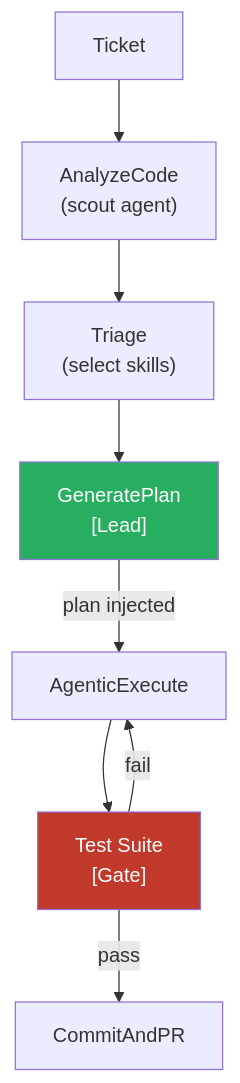
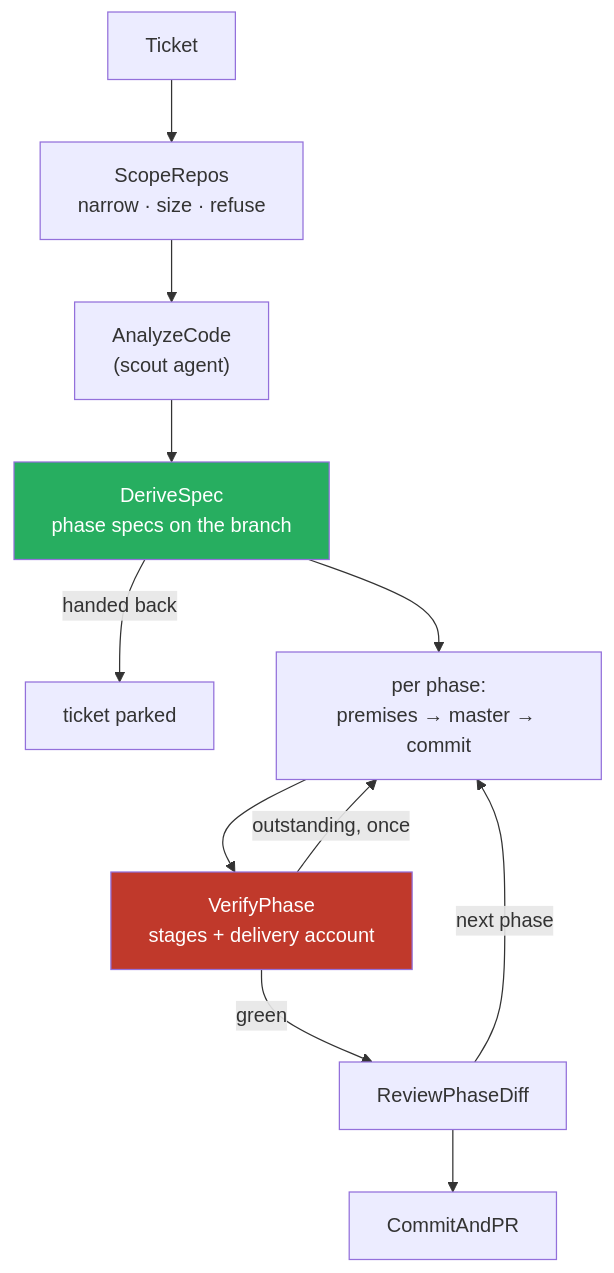
Before and after one commit to holgerleichsenring/agent-smith: the diagram in docs/reference/pipelines/fix-and-feature.md, drawn with Mermaid. The commit also changed other lines of this file and 85 other files, not shown here.

````diff
--- a/docs/reference/pipelines/fix-and-feature.md
+++ b/docs/reference/pipelines/fix-and-feature.md
@@ -30,13 +47,16 @@
 ```mermaid
 graph TD
-    Ticket --> Scout["AnalyzeCode<br/>(scout agent)"]
-    Scout --> Triage["Triage<br/>(select skills)"]
-    Triage --> Plan["GeneratePlan<br/>[Lead]"]
-    Plan -->|"plan injected"| Execute[AgenticExecute]
-    Execute --> Test["Test Suite<br/>[Gate]"]
-    Test -->|pass| PR[CommitAndPR]
-    Test -->|fail| Execute
+    Ticket --> Scope["ScopeRepos<br/>narrow · size · refuse"]
+    Scope --> Analyze["AnalyzeCode<br/>(scout agent)"]
+    Analyze --> Derive["DeriveSpec<br/>phase specs on the branch"]
+    Derive -->|handed back| Park[ticket parked]
+    Derive --> Phase["per phase:<br/>premises → master → commit"]
+    Phase --> Verify["VerifyPhase<br/>stages + delivery account"]
+    Verify -->|outstanding, once| Phase
+    Verify -->|green| Review[ReviewPhaseDiff]
+    Review -->|next phase| Phase
+    Review --> PR[CommitAndPR]
 
-    style Plan fill:#27ae60,color:#fff
-    style Test fill:#c0392b,color:#fff
+    style Derive fill:#27ae60,color:#fff
+    style Verify fill:#c0392b,color:#fff
 ```
````
